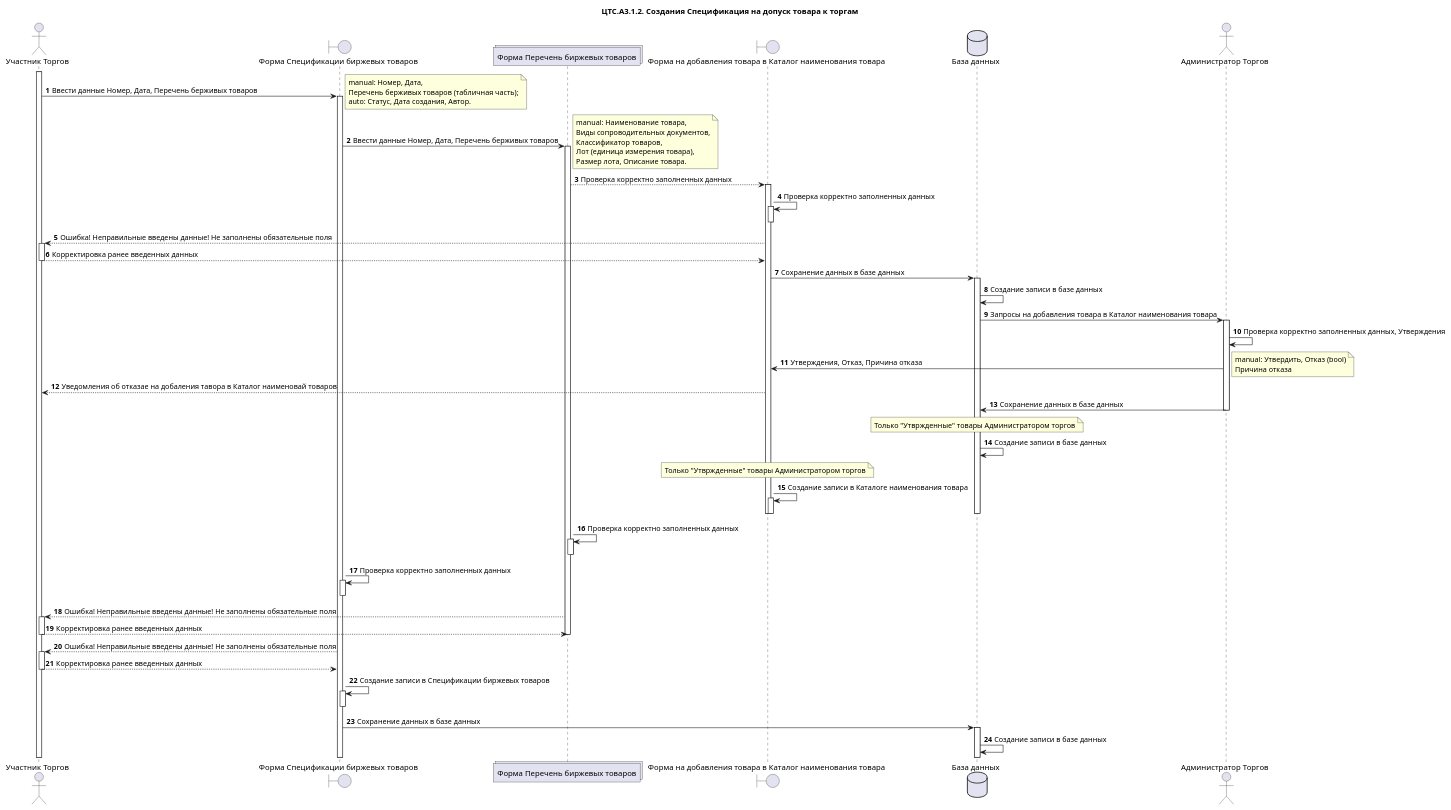
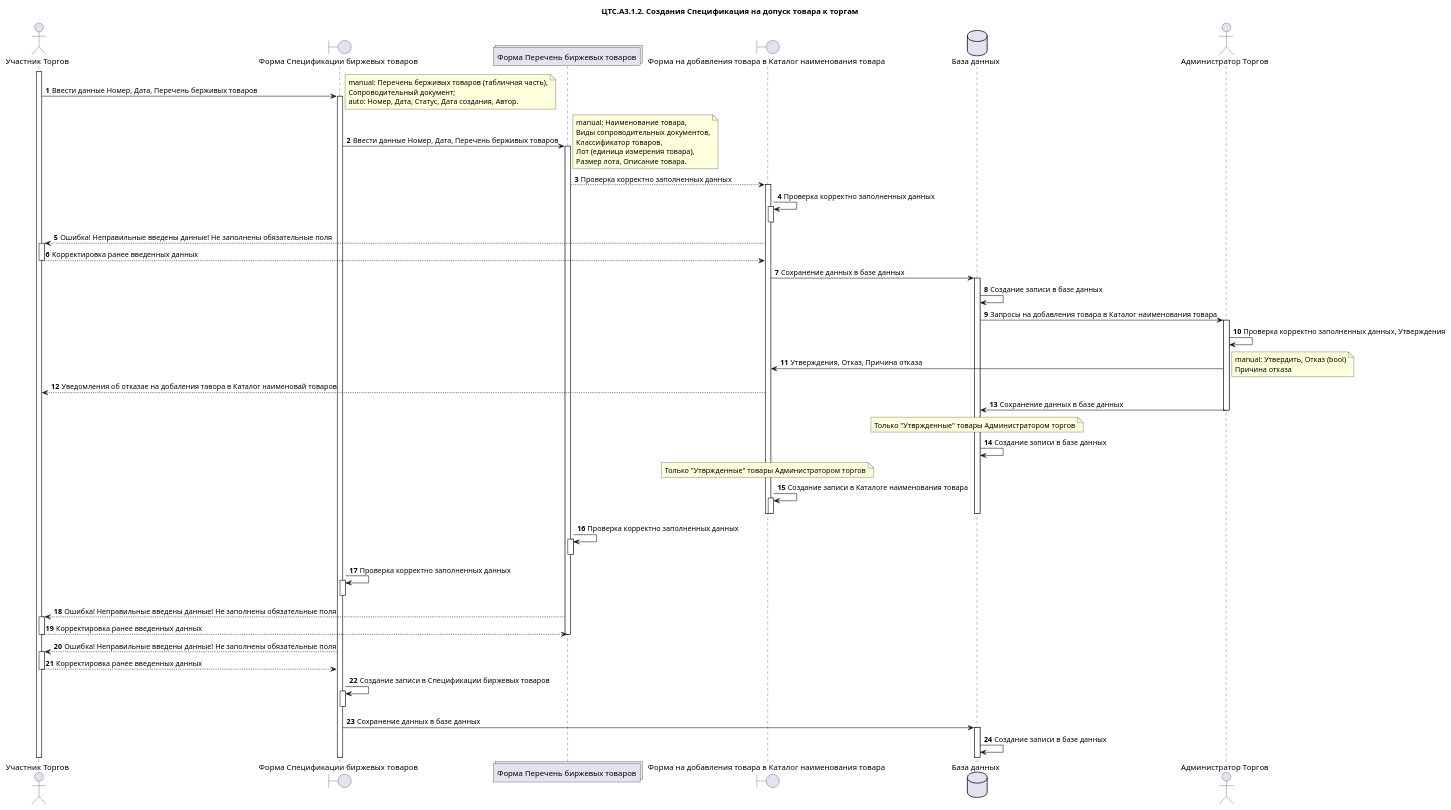
Before and after one commit to moaxmoaxpxrf4jag/CTS.Documentation: the diagram in Project solutions/ЦТС.А3.1.2.Спецификация на допуск товара к торгам.wsd, drawn with PlantUML. The commit also changed 2 other files, not shown here.

```diff
--- a/Project solutions/ЦТС.А3.1.2.Спецификация на допуск товара к торгам.wsd
+++ b/Project solutions/ЦТС.А3.1.2.Спецификация на допуск товара к торгам.wsd
@@ -1,94 +1,94 @@
 @startuml "ЦТС.А3.1 Допуск товара к торгам"
 title "ЦТС.А3.1.2. Создания Спецификация на допуск товара к торгам"
 actor "Участник Торгов" as User
 boundary "Форма Спецификации биржевых товаров" as Specifications
 collections "Форма Перечень биржевых товаров" as SpecificationCommodities
 boundary "Форма на добавления товара в Каталог наименования товара" as CommoditiesNames
 database "База данных" as Database
 actor "Администратор Торгов" as User_CTS
 
 autonumber
 activate User
 User -> Specifications: Ввести данные Номер, Дата, Перечень берживых товаров
 note right
-    manual: Номер, Дата,
-    Перечень берживых товаров (табличная часть);
-    auto: Статус, Дата создания, Автор.
+    manual: Перечень берживых товаров (табличная часть),
+    Сопроводительный документ;
+    auto: Номер, Дата, Статус, Дата создания, Автор.
 end note
 /'Форма Спецификации биржевых товаров'/
 activate Specifications
 Specifications -> SpecificationCommodities : Ввести данные Номер, Дата, Перечень берживых товаров
 note right
     manual: Наименование товара, 
     Виды сопроводительных документов,
     Классификатор товаров, 
     Лот (единица измерения товара),
     Размер лота, Описание товара.
 end note
 /'Перечень биржевых товаров'/
 activate SpecificationCommodities
 SpecificationCommodities --> CommoditiesNames: Проверка корректно заполненных данных
     /'Форма на добавления товара в Каталог наименования товара'/
     activate CommoditiesNames
     /'Проверка корректно заполненных данных Каталог наименования товара->Участник Торгов'/
     CommoditiesNames -> CommoditiesNames: Проверка корректно заполненных данных
     activate CommoditiesNames
     deactivate CommoditiesNames
     CommoditiesNames --> User: Ошибка! Неправильные введены данные! Не заполнены обязательные поля
     activate User
     /'Ошибка и т.д. в Каталог наименования товара->Участник Торгов'/
     User-->CommoditiesNames: Корректировка ранее введенных данных
     deactivate User 
     CommoditiesNames->Database: Сохранение данных в базе данных
     activate Database
         Database->Database: Создание записи в базе данных
         Database->User_CTS: Запросы на добавления товара в Каталог наименования товара 
         /'Администратор Торгов'/
         activate User_CTS
         User_CTS->User_CTS: Проверка корректно заполненных данных, Утверждения 
         User_CTS->CommoditiesNames: Утверждения, Отказ, Причина отказа
         note right
             manual: Утвердить, Отказ (bool)
             Причина отказа
         end note
         CommoditiesNames-->User: Уведомления об отказае на добаления тавора в Каталог наименовай товаров
         User_CTS->Database: Сохранение данных в базе данных    
         note over Database: Только "Утвржденные" товары Администратором торгов       
         deactivate User_CTS
         Database->Database: Создание записи в базе данных 
         note over CommoditiesNames : Только "Утвржденные" товары Администратором торгов     
         CommoditiesNames->CommoditiesNames: Cоздание записи в Каталоге наименования товара
         activate CommoditiesNames  
         deactivate CommoditiesNames  
         deactivate Database    
     deactivate CommoditiesNames
 /'Ошибка и т.д. в Каталог наименования товара->Спецификации биржевых товаров'/
 SpecificationCommodities -> SpecificationCommodities: Проверка корректно заполненных данных
 activate SpecificationCommodities
 deactivate SpecificationCommodities
 /'Проверка корректно заполненных данных Спецификации биржевых товаров->Участник Торгов'/
 Specifications -> Specifications: Проверка корректно заполненных данных
 activate Specifications
 deactivate Specifications
 /'Ошибка и т.д. в Перечень биржевых товаров->Участник Торгов'/
 SpecificationCommodities --> User: Ошибка! Неправильные введены данные! Не заполнены обязательные поля
 activate User
 /'Корректировка ранее введенных данных Участник Торгов->Спецификации биржевых товаров'/
 User-->SpecificationCommodities: Корректировка ранее введенных данных
 deactivate User
 deactivate SpecificationCommodities
 /'Ошибка и т.д. в Спецификации биржевых товаров->Участник Торгов'/
 Specifications --> User: Ошибка! Неправильные введены данные! Не заполнены обязательные поля
 activate User
 /'Корректировка ранее введенных данных Участник Торгов->Спецификации биржевых товаров'/
 User-->Specifications: Корректировка ранее введенных данных
 deactivate User
 /'Cоздание записи в Спецификации биржевых товаров'/
 Specifications->Specifications: Cоздание записи в Спецификации биржевых товаров
 activate Specifications
 deactivate Specifications
 /'Сохранение данных в базе данных'/
 Specifications ->Database: Сохранение данных в базе данных
 activate Database
 Database->Database: Создание записи в базе данных
 @enduml
```
